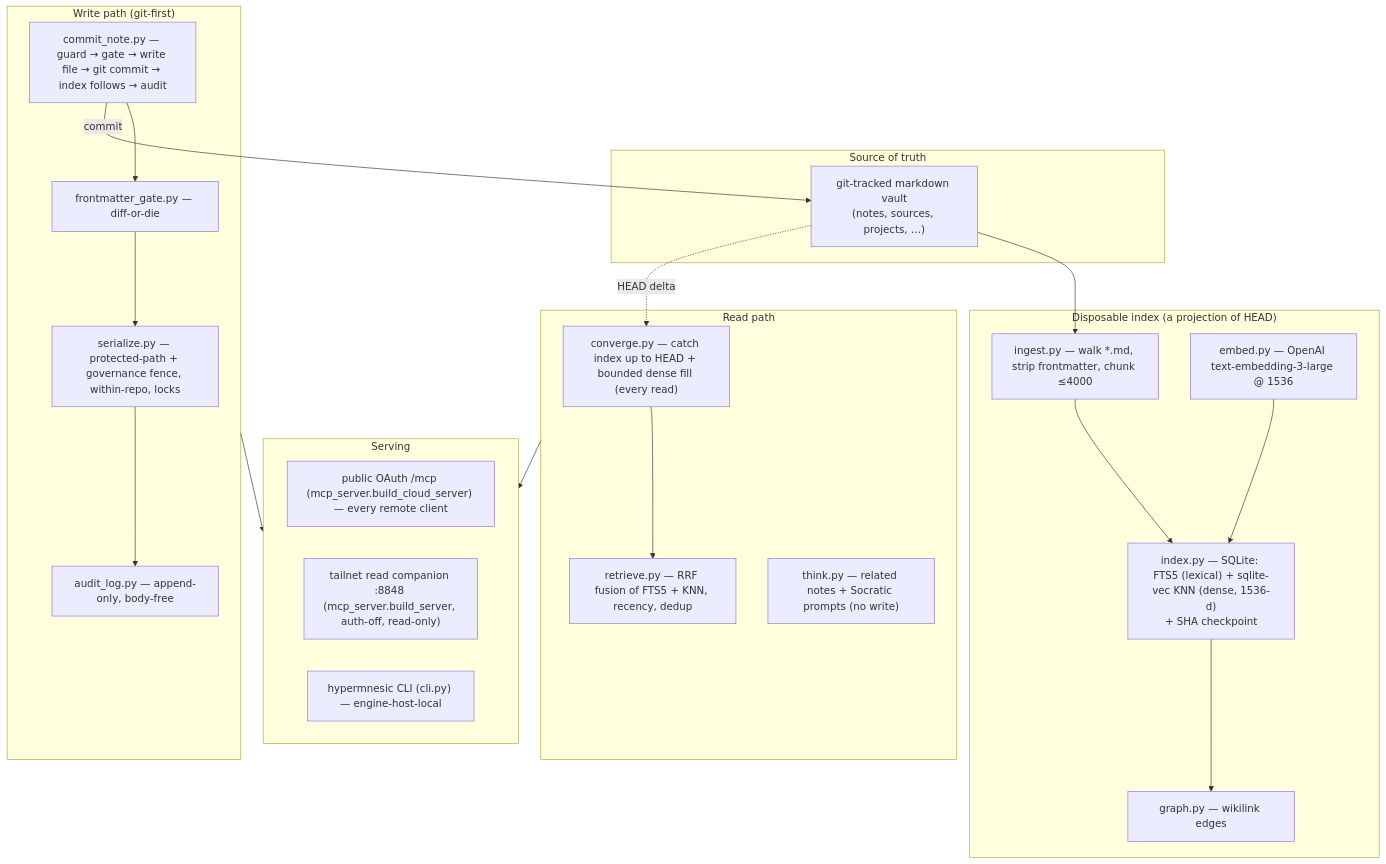
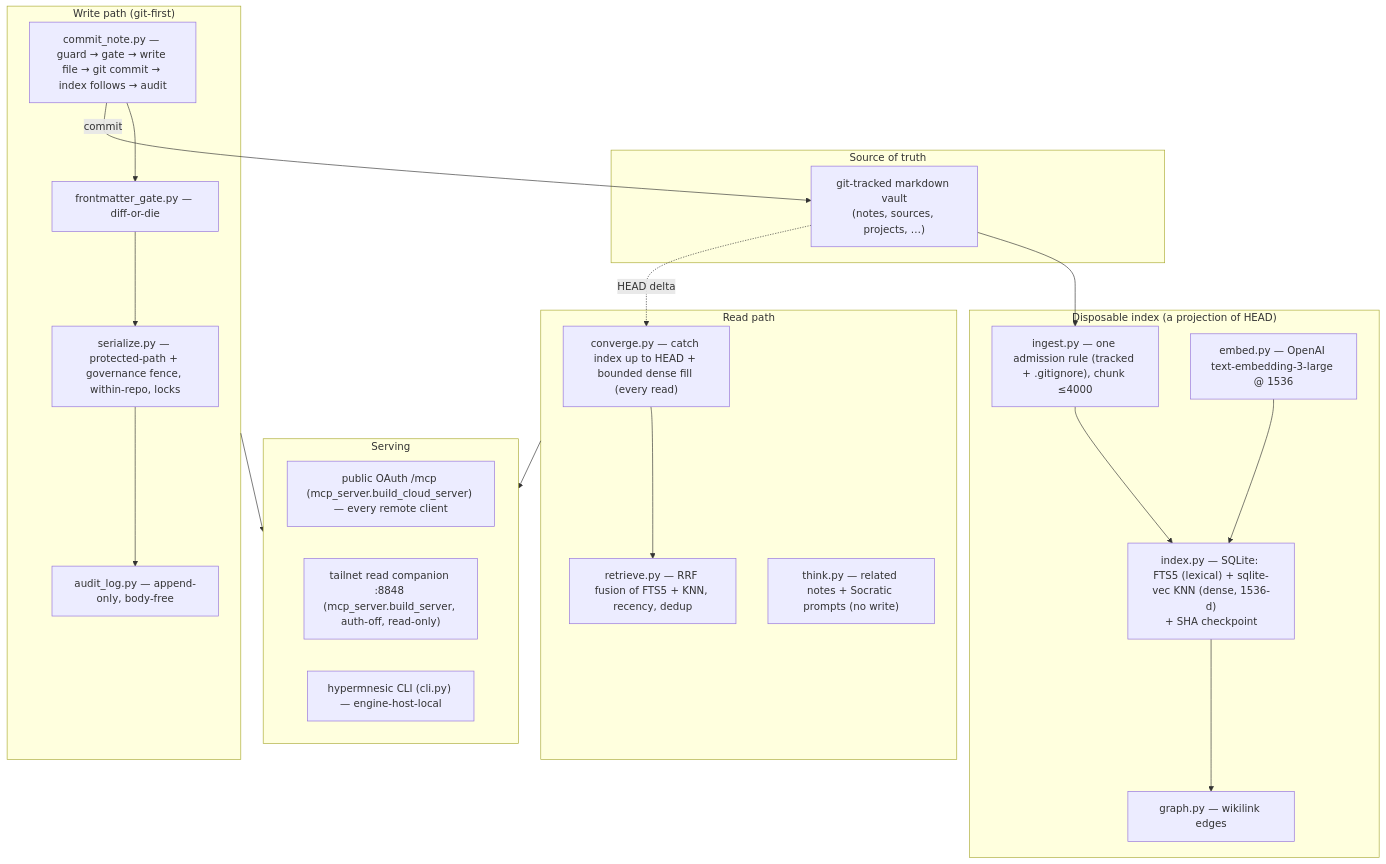
One commit to leonardsellem/hypermnesic changed the diagram in ARCHITECTURE.md. Above: the diagram before and after it, drawn with Mermaid. The commit also changed other lines of this file and 4 other files, not shown here.

````diff
--- a/ARCHITECTURE.md
+++ b/ARCHITECTURE.md
@@ -19,38 +19,38 @@
 ```mermaid
 flowchart TB
   subgraph SOT["Source of truth"]
     G["git-tracked markdown vault<br/>(notes, sources, projects, …)"]
   end
   subgraph IDX["Disposable index (a projection of HEAD)"]
-    ING["ingest.py — walk *.md, strip frontmatter, chunk ≤4000"]
+    ING["ingest.py — one admission rule (tracked + .gitignore), chunk ≤4000"]
     DB["index.py — SQLite: FTS5 (lexical) + sqlite-vec KNN (dense, 1536-d)<br/>+ SHA checkpoint"]
     EMB["embed.py — OpenAI text-embedding-3-large @ 1536"]
     GR["graph.py — wikilink edges"]
     ING --> DB
     EMB --> DB
     DB --> GR
   end
   subgraph READ["Read path"]
     CV["converge.py — catch index up to HEAD + bounded dense fill (every read)"]
     RT["retrieve.py — RRF fusion of FTS5 + KNN, recency, dedup"]
     TH["think.py — related notes + Socratic prompts (no write)"]
     CV --> RT
   end
   subgraph WRITE["Write path (git-first)"]
     CN["commit_note.py — guard → gate → write file → git commit → index follows → audit"]
     FG["frontmatter_gate.py — diff-or-die"]
     SE["serialize.py — protected-path + governance fence, within-repo, locks"]
     AU["audit_log.py — append-only, body-free"]
     CN --> FG --> SE --> AU
   end
   subgraph SERVE["Serving"]
     M1["public OAuth /mcp (mcp_server.build_cloud_server) — every remote client"]
     M2["tailnet read companion :8848 (mcp_server.build_server, auth-off, read-only)"]
     CLI["hypermnesic CLI (cli.py) — engine-host-local"]
   end
   G --> ING
   G -. "HEAD delta" .-> CV
   CN -->|commit| G
   READ --> SERVE
   WRITE --> SERVE
 ```
````
